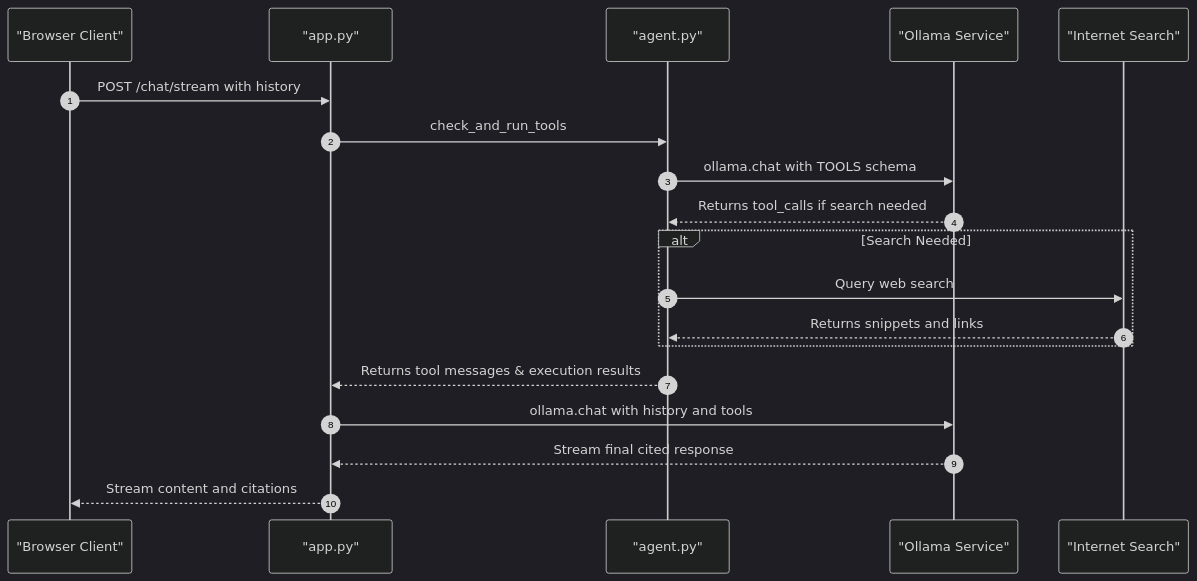
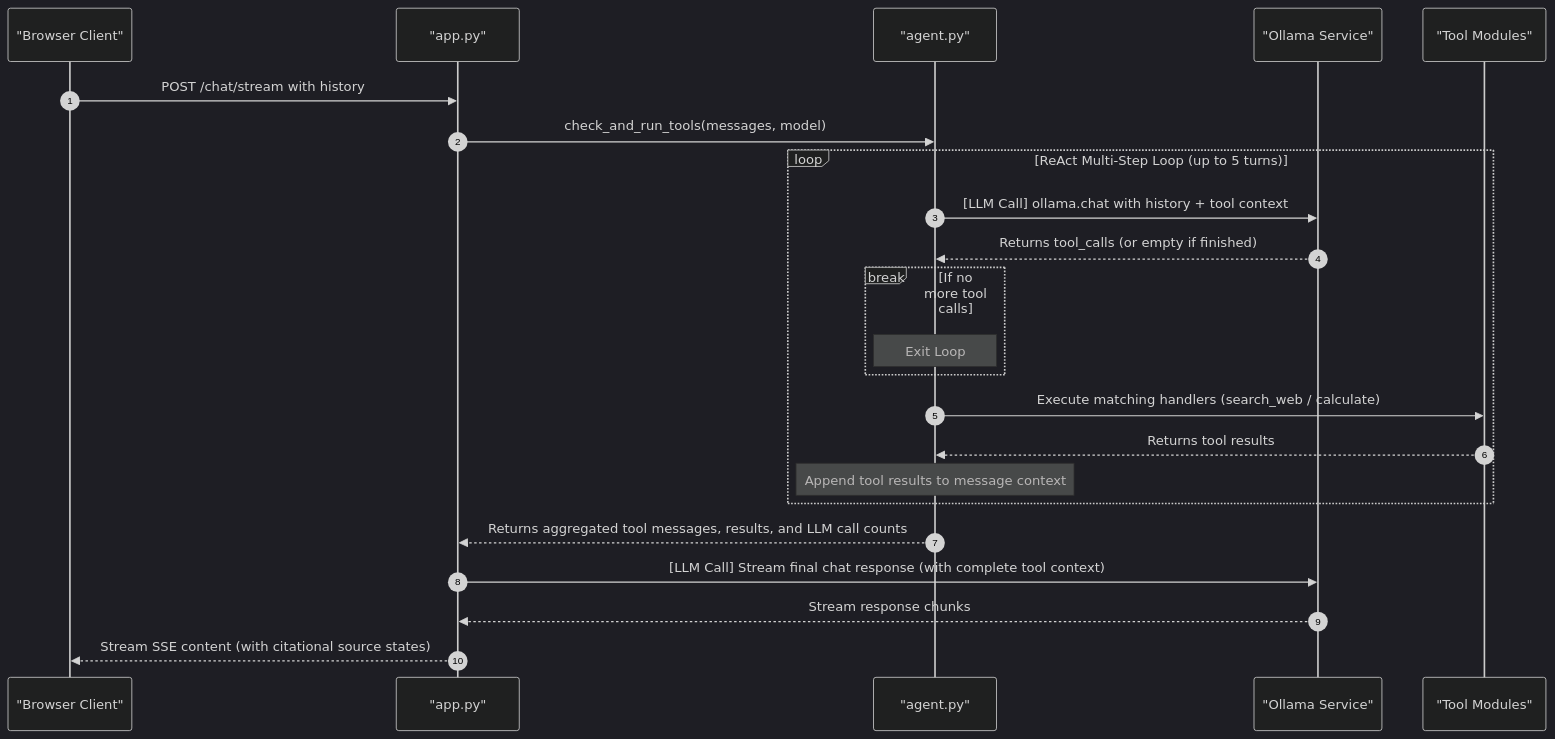
The second of 6 diagrams in README.md (vdonthireddy/ollama-gemma-agents), drawn with Mermaid (dark theme) before and after one commit. The commit also changed other lines of this file and 1 other file, not shown here.

Commit message:
docs: update data flow diagram and add custom premium linkedin banner v4

````diff
--- a/README.md
+++ b/README.md
@@ -31,24 +39,28 @@
 ```mermaid
 sequenceDiagram
     autonumber
     participant Client as "Browser Client"
     participant App as "app.py"
     participant Agent as "agent.py"
     participant Ollama as "Ollama Service"
-    participant Web as "Internet Search"
+    participant Tools as "Tool Modules"
 
     Client->>App: POST /chat/stream with history
-    App->>Agent: check_and_run_tools
-    Agent->>Ollama: ollama.chat with TOOLS schema
-    Ollama-->>Agent: Returns tool_calls if search needed
+    App->>Agent: check_and_run_tools(messages, model)
     
-    alt Search Needed
-        Agent->>Web: Query web search
-        Web-->>Agent: Returns snippets and links
+    loop ReAct Multi-Step Loop (up to 5 turns)
+        Agent->>Ollama: [LLM Call] ollama.chat with history + tool context
+        Ollama-->>Agent: Returns tool_calls (or empty if finished)
+        break If no more tool calls
+            Note over Agent: Exit Loop
+        end
+        Agent->>Tools: Execute matching handlers (search_web / calculate)
+        Tools-->>Agent: Returns tool results
+        Note over Agent: Append tool results to message context
     end
     
-    Agent-->>App: Returns tool messages & execution results
-    App->>Ollama: ollama.chat with history and tools
-    Ollama-->>App: Stream final cited response
-    App-->>Client: Stream content and citations
+    Agent-->>App: Returns aggregated tool messages, results, and LLM call counts
+    App->>Ollama: [LLM Call] Stream final chat response (with complete tool context)
+    Ollama-->>App: Stream response chunks
+    App-->>Client: Stream SSE content (with citational source states)
 ```
````
